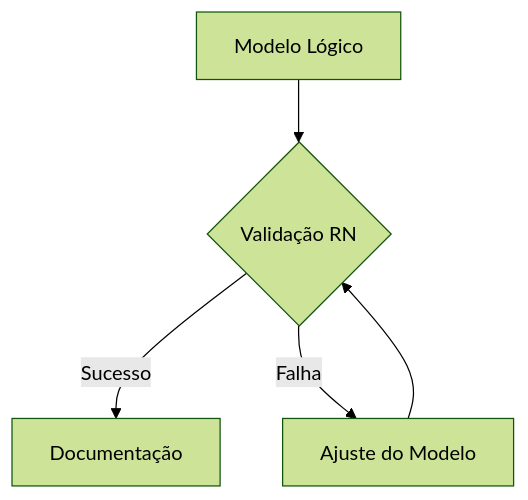
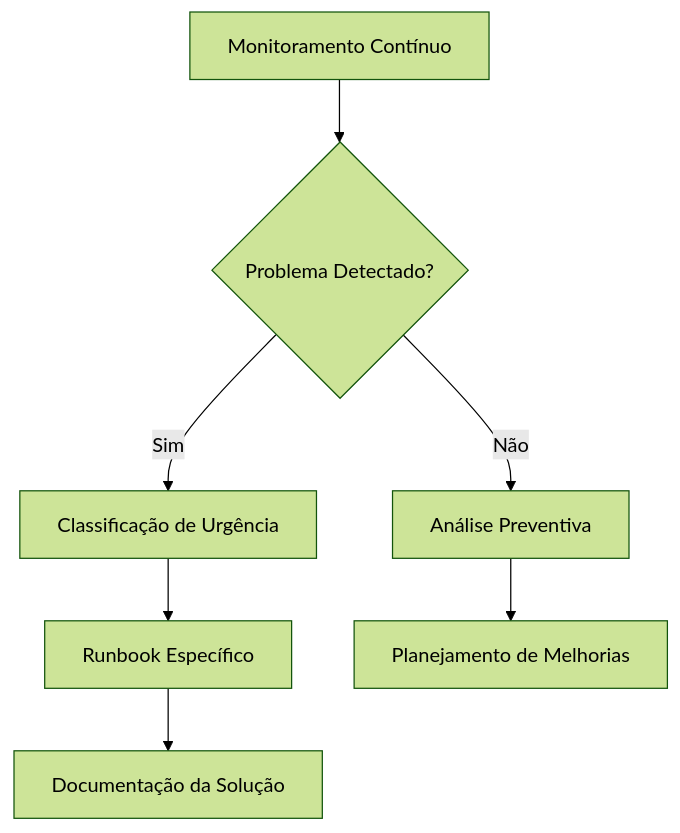
Before and after one commit to anandamatos/job-search: the tenth of 12 diagrams in modelagem.md, drawn with Mermaid (forest theme). The commit also changed other lines of this file, not shown here.

````diff
--- a/modelagem.md
+++ b/modelagem.md
@@ -672,7 +1348,9 @@
 ```mermaid
 flowchart TD
-A[Modelo Lógico] --> B{Validação RN}
-B -->|Sucesso| C[Documentação]
-B -->|Falha| D[Ajuste do Modelo]
-D --> B
+    A[Monitoramento Contínuo] --> B{Problema Detectado?}
+    B -->|Sim| C[Classificação de Urgência]
+    B -->|Não| D[Análise Preventiva]
+    C --> E[Runbook Específico]
+    E --> F[Documentação da Solução]
+    D --> G[Planejamento de Melhorias]
 ```
````
